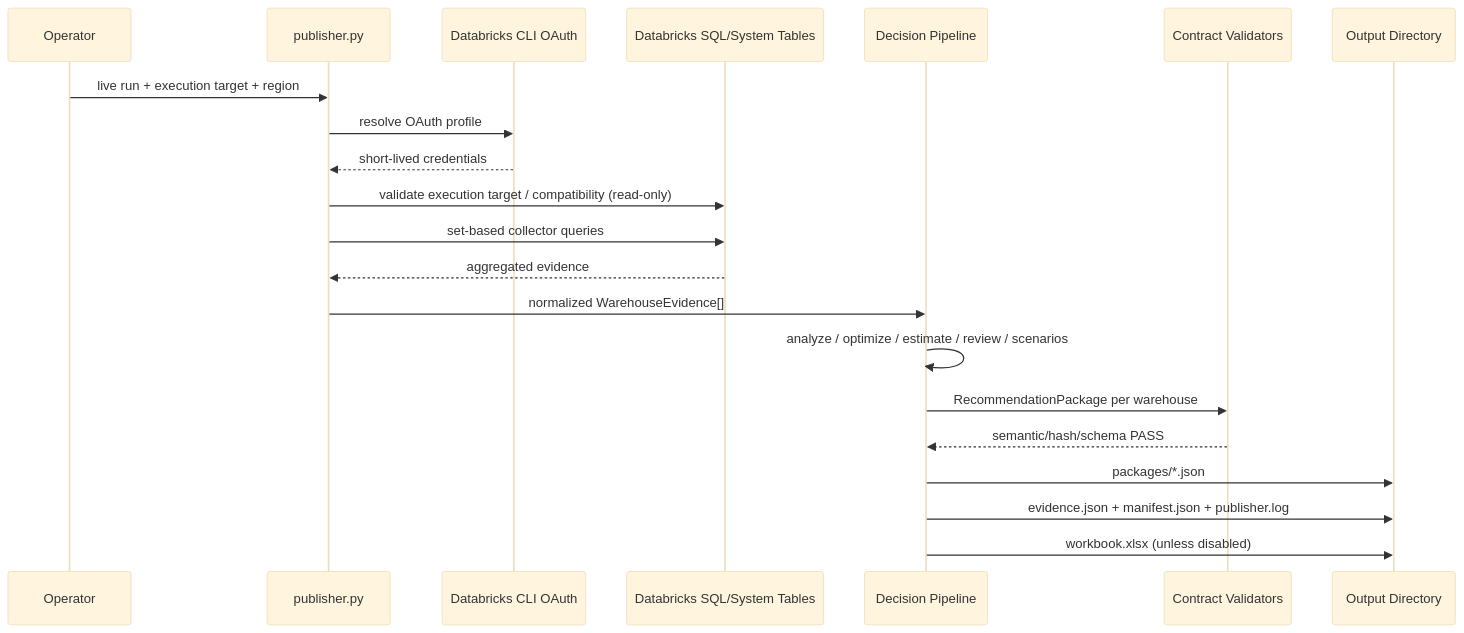
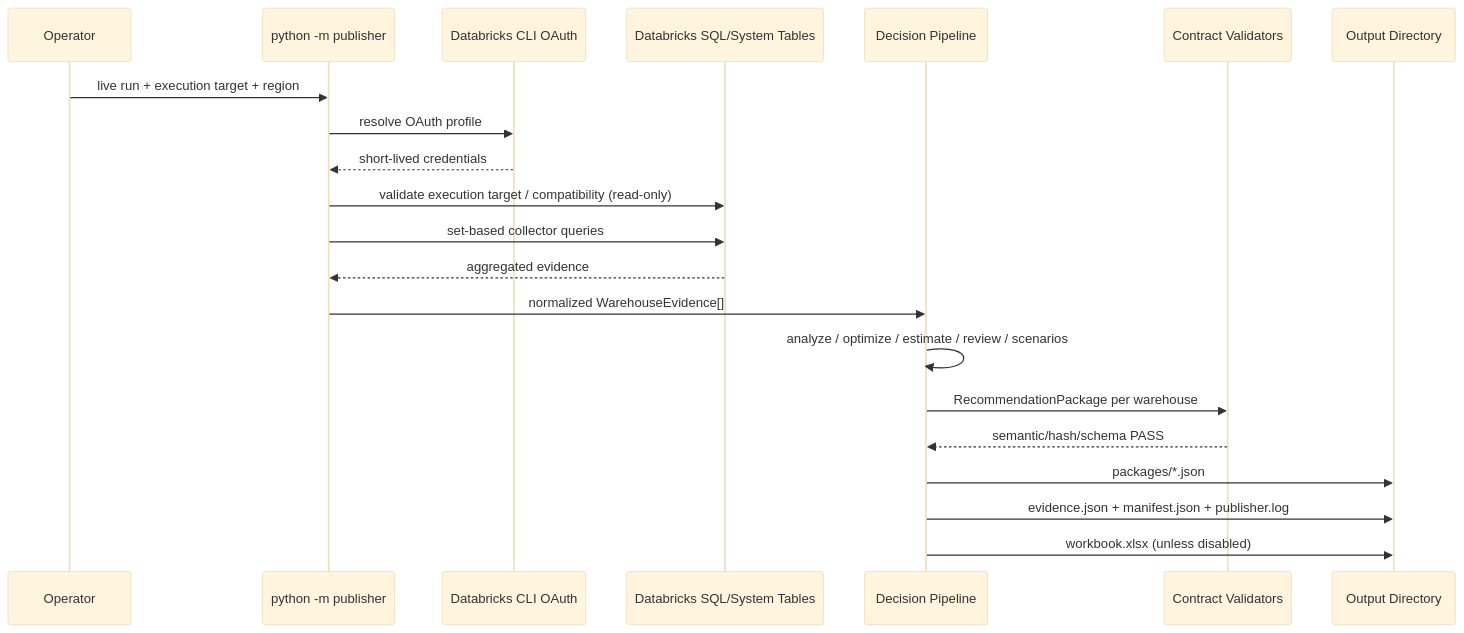
One commit to thiaga-gk/expert-funicular changed the seventh of 14 diagrams in docs/architecture/hld.md. Above: the diagram before and after it, drawn with Mermaid (base theme). The commit also changed other lines of this file and 77 other files, not shown here.

````diff
--- a/docs/architecture/hld.md
+++ b/docs/architecture/hld.md
@@ -450,24 +450,24 @@
 ```mermaid
 sequenceDiagram
     participant U as Operator
-    participant CLI as publisher.py
+    participant CLI as python -m publisher
     participant AUTH as Databricks CLI OAuth
     participant DB as Databricks SQL/System Tables
     participant P as Decision Pipeline
     participant V as Contract Validators
     participant O as Output Directory
 
     U->>CLI: live run + execution target + region
     CLI->>AUTH: resolve OAuth profile
     AUTH-->>CLI: short-lived credentials
     CLI->>DB: validate execution target / compatibility (read-only)
     CLI->>DB: set-based collector queries
     DB-->>CLI: aggregated evidence
     CLI->>P: normalized WarehouseEvidence[]
     P->>P: analyze / optimize / estimate / review / scenarios
     P->>V: RecommendationPackage per warehouse
     V-->>P: semantic/hash/schema PASS
     P->>O: packages/*.json
     P->>O: evidence.json + manifest.json + publisher.log
     P->>O: workbook.xlsx (unless disabled)
 ```
````
